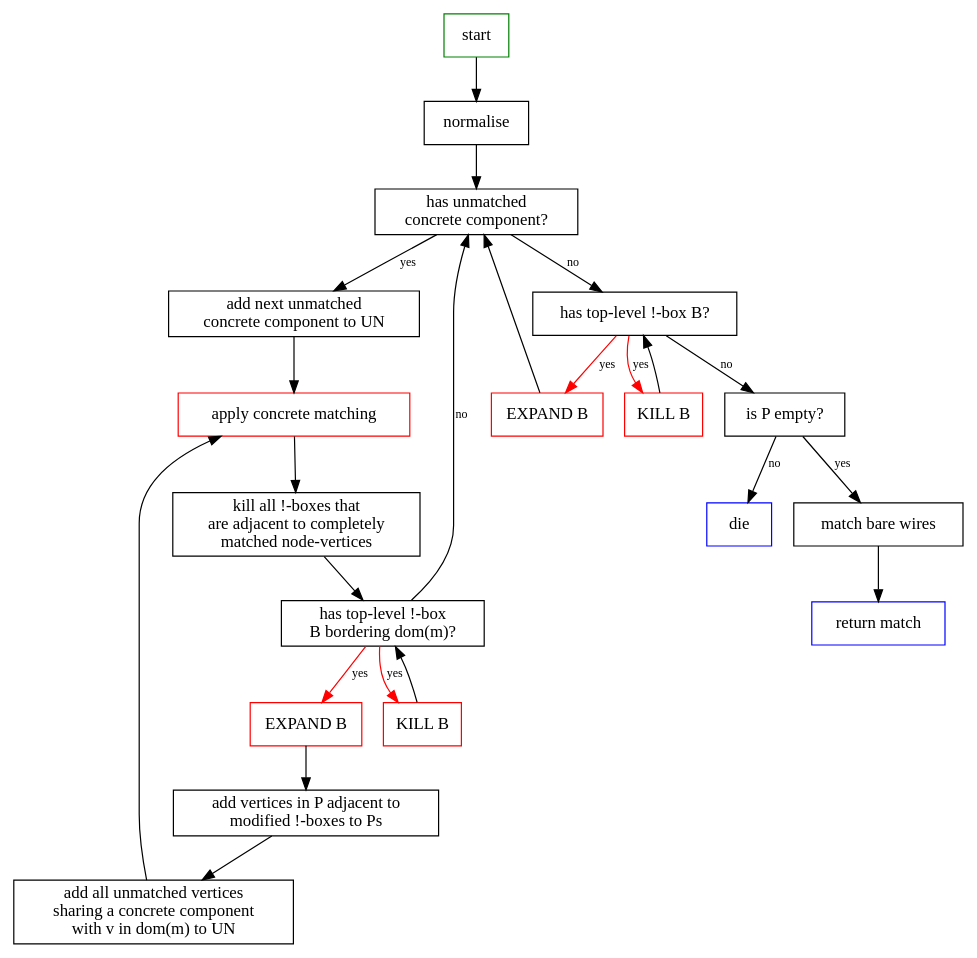
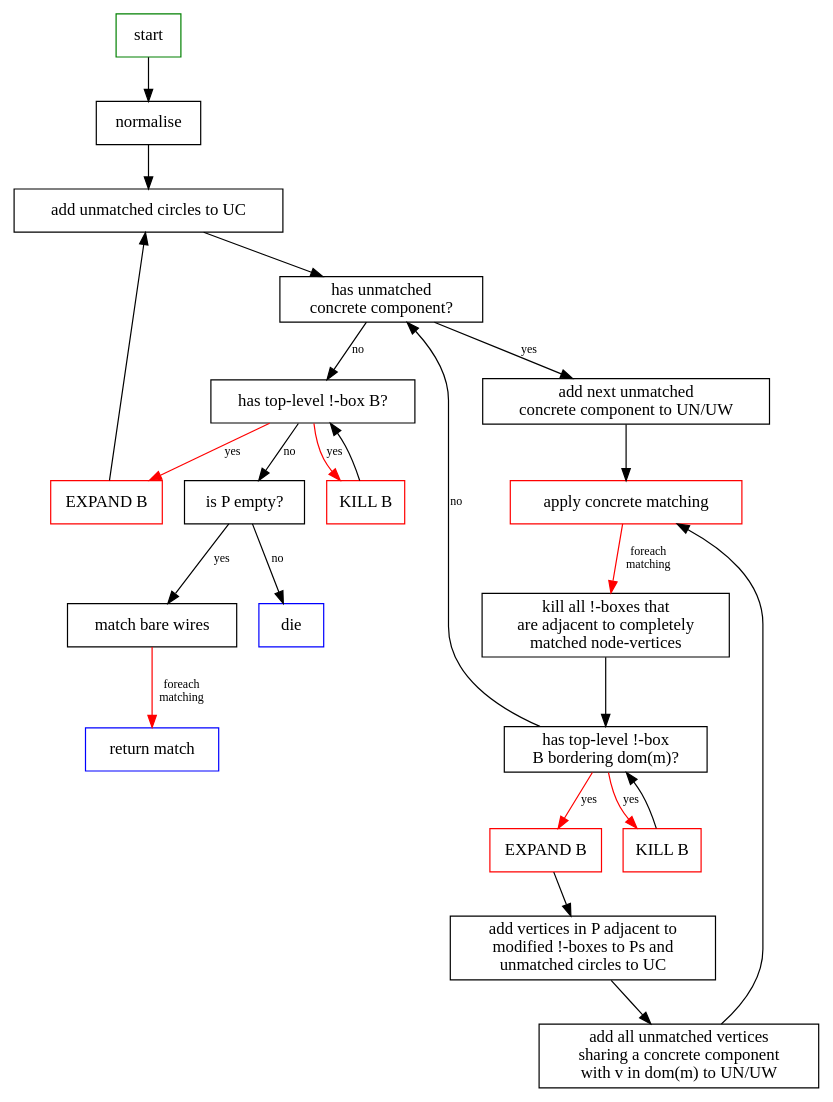
Before and after one commit to zxcalc/quantomatic: the diagram in docs/matching_algo/component_pattern_part.dot, drawn with Graphviz. The commit also changed 2 other files, not shown here.

```diff
--- a/docs/matching_algo/component_pattern_part.dot
+++ b/docs/matching_algo/component_pattern_part.dot
@@ -1,43 +1,45 @@
 digraph {
     node [shape=box]
     edge [fontsize=10]
     
     start [color=green]
     normalise [label="normalise"]
-    addunmatched [label="add all unmatched vertices\nsharing a concrete component\nwith v in dom(m) to UN"]
+    circles [label="add unmatched circles to UC"]
+    addunmatched [label="add all unmatched vertices\nsharing a concrete component\nwith v in dom(m) to UN/UW"]
     hascomp [label="has unmatched\nconcrete component?"]
-    addcomp [label="add next unmatched\nconcrete component to UN"]
+    addcomp [label="add next unmatched\nconcrete component to UN/UW"]
     match [label="apply concrete matching",color=red]
     killcomplete [label="kill all !-boxes that\nare adjacent to completely\nmatched node-vertices"]
     moreborderbang [label="has top-level !-box\nB bordering dom(m)?"]
     morebang [label="has top-level !-box B?"]
     EXPANDborderbang [label="EXPAND B",color=red]
     KILLborderbang [label="KILL B",color=red]
     EXPANDbang [label="EXPAND B",color=red]
     KILLbang [label="KILL B",color=red]
-    schedule [label="add vertices in P adjacent to\nmodified !-boxes to Ps"]
+    schedule [label="add vertices in P adjacent to\nmodified !-boxes to Ps and\nunmatched circles to UC"]
     nopartial [label="is P empty?"]
     die [label=die,color=blue]
     emptywires [label="match bare wires"]
     done [label="return match",color=blue]
     
-    start -> normalise -> hascomp
+    start -> normalise -> circles -> hascomp
     addunmatched -> match
     hascomp -> addcomp [label=yes]
-    addcomp -> match -> killcomplete
+    addcomp -> match
+    match -> killcomplete [label="foreach\nmatching",color=red]
     killcomplete -> moreborderbang
     moreborderbang -> EXPANDborderbang [label=yes,color=red]
     moreborderbang -> KILLborderbang [label=yes,color=red]
     KILLborderbang -> moreborderbang
     moreborderbang -> hascomp [label=no]
     EXPANDborderbang -> schedule -> addunmatched
     hascomp -> morebang [label=no]
     morebang -> EXPANDbang [label=yes,color=red]
     morebang -> KILLbang [label=yes,color=red]
     KILLbang -> morebang
-    EXPANDbang -> hascomp
+    EXPANDbang -> circles
     morebang -> nopartial [label=no]
     nopartial -> die [label=no]
     nopartial -> emptywires [label=yes]
-    emptywires -> done
+    emptywires -> done [label="foreach\nmatching",color=red]
 }
```
